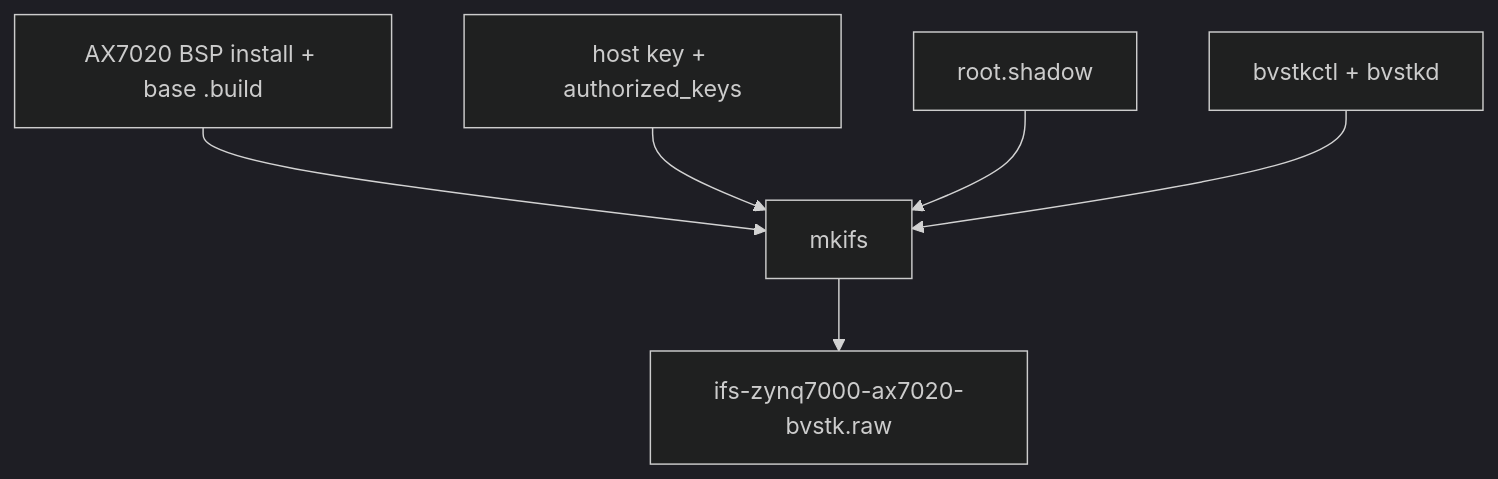
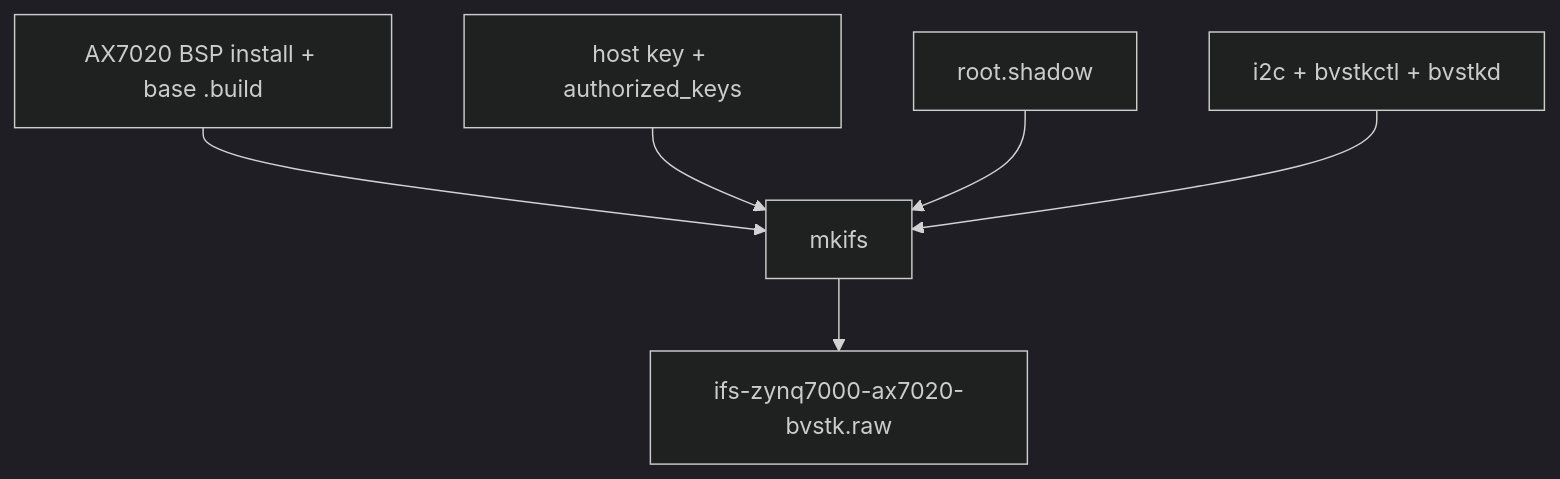
The diagram in scripts/neutrino/README.md (igtrefilov/bvstk), drawn with Mermaid (dark theme) before and after one commit. The commit also changed other lines of this file and 46 other files, not shown here.

````diff
--- a/scripts/neutrino/README.md
+++ b/scripts/neutrino/README.md
@@ -42,15 +50,15 @@
 ```mermaid
 flowchart TD
     BSP[AX7020 BSP install + base .build]
     Keys[host key + authorized_keys]
     Shadow[root.shadow]
-    Apps[bvstkctl + bvstkd]
+    Apps[i2c + bvstkctl + bvstkd]
     Mkifs[mkifs]
     IFS[ifs-zynq7000-ax7020-bvstk.raw]
 
     BSP --> Mkifs
     Keys --> Mkifs
     Shadow --> Mkifs
     Apps --> Mkifs
     Mkifs --> IFS
 ```
````
